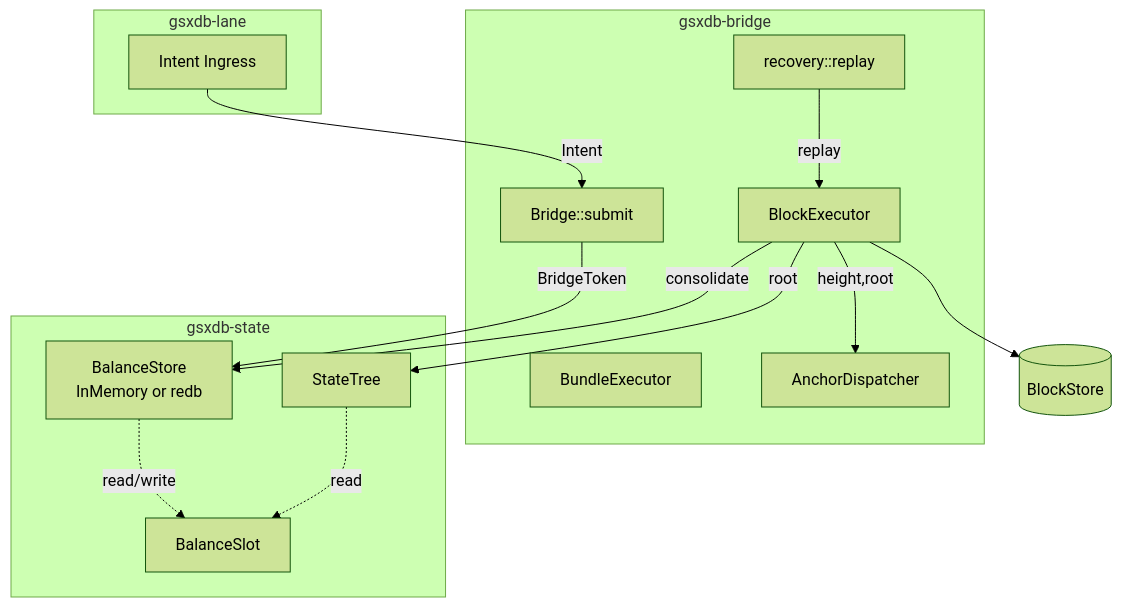
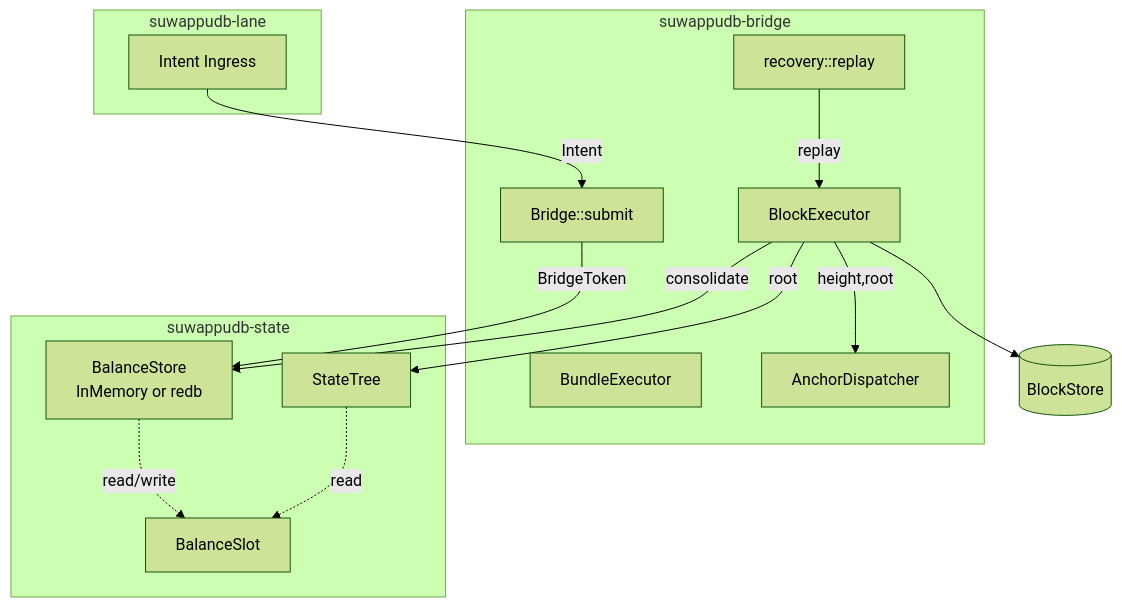
Before and after one commit to Suwappu-Labs/suwappu-db: the diagram in docs/architecture/README.md, drawn with Mermaid (forest theme). The commit also changed other lines of this file and 232 other files, not shown here.

````diff
--- a/docs/architecture/README.md
+++ b/docs/architecture/README.md
@@ -31,27 +31,27 @@
 ```mermaid
 flowchart TB
-    subgraph Lane[gsxdb-lane]
+    subgraph Lane[suwappudb-lane]
         Ingest[Intent Ingress]
     end
-    subgraph Bridge[gsxdb-bridge]
+    subgraph Bridge[suwappudb-bridge]
         Sub[Bridge::submit]
         Block[BlockExecutor]
         Bundle[BundleExecutor]
         Anchor[AnchorDispatcher]
         Recovery[recovery::replay]
     end
-    subgraph State[gsxdb-state]
+    subgraph State[suwappudb-state]
         Slot[BalanceSlot]
         Store[BalanceStore<br/>InMemory or redb]
         Tree[StateTree]
     end
     Ingest -- Intent --> Sub
     Sub -- BridgeToken --> Store
     Block -- consolidate --> Store
     Block -- root --> Tree
     Block -- height,root --> Anchor
     Block --> BlockStore[(BlockStore)]
     Recovery -- replay --> Block
     Tree -.read.-> Slot
     Store -.read/write.-> Slot
 ```
````
